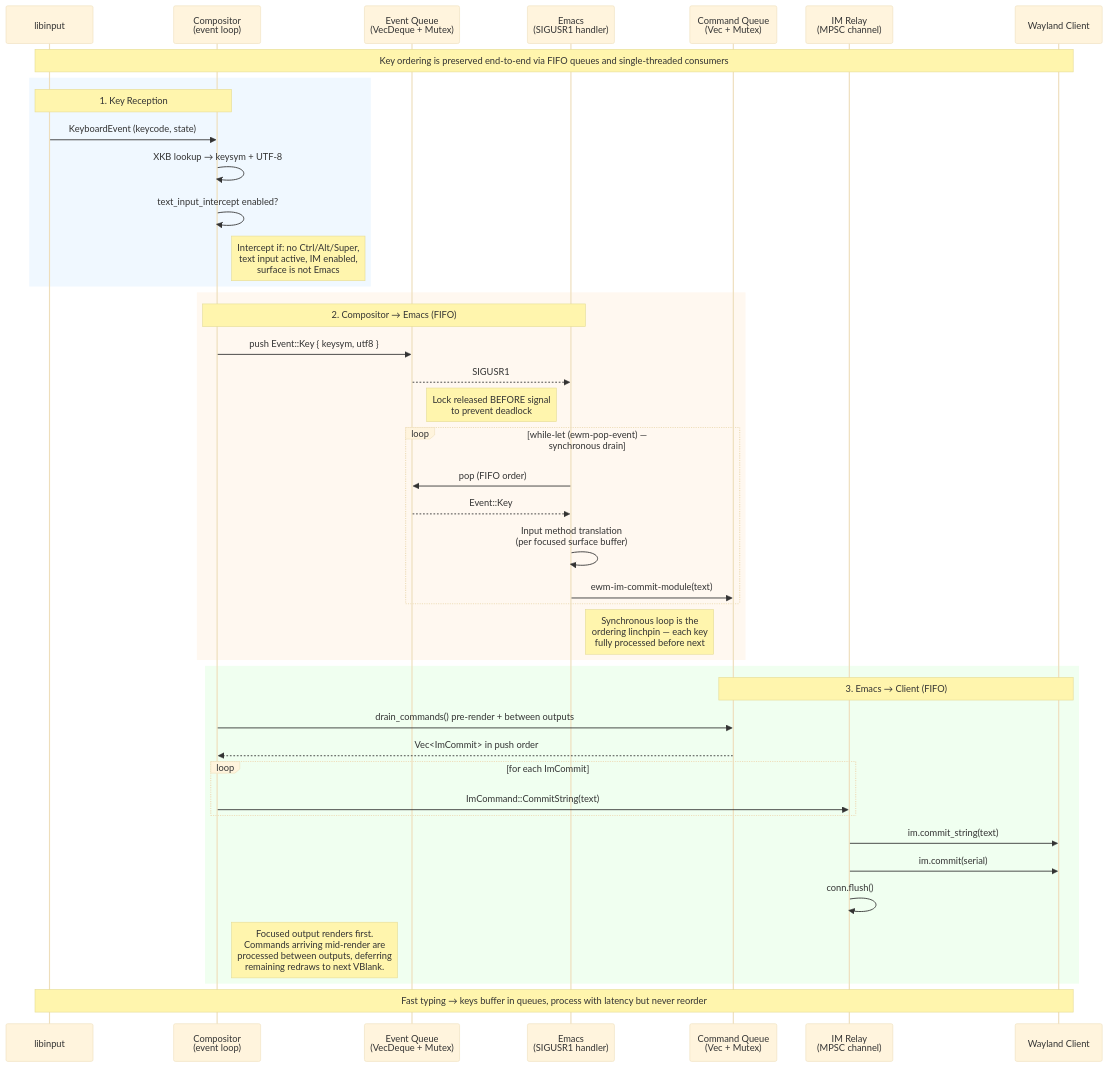
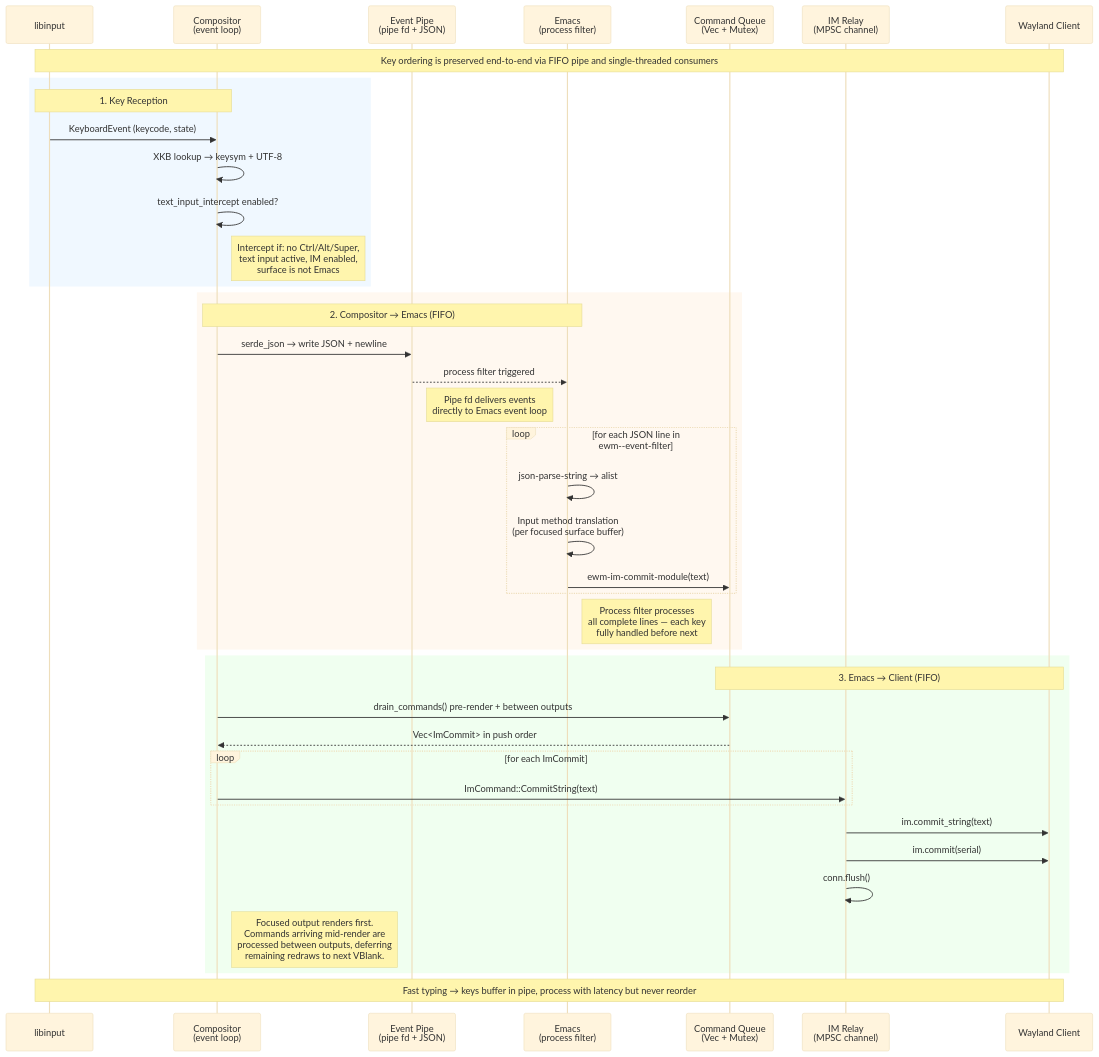
One commit to ezemtsov/ewm changed the diagram in docs/diagrams/input-methods.mmd. Above: the diagram before and after it, drawn with Mermaid (base theme). The commit also changed 9 other files, not shown here.

First line of the commit message:
docs: update event delivery references from SIGUSR1 to pipe fd

```diff
--- a/docs/diagrams/input-methods.mmd
+++ b/docs/diagrams/input-methods.mmd
@@ -1,48 +1,47 @@
 sequenceDiagram
     participant LI as libinput
     participant C as Compositor<br/>(event loop)
-    participant EQ as Event Queue<br/>(VecDeque + Mutex)
-    participant E as Emacs<br/>(SIGUSR1 handler)
+    participant EP as Event Pipe<br/>(pipe fd + JSON)
+    participant E as Emacs<br/>(process filter)
     participant CQ as Command Queue<br/>(Vec + Mutex)
     participant IR as IM Relay<br/>(MPSC channel)
     participant App as Wayland Client
 
-    Note over LI,App: Key ordering is preserved end-to-end via FIFO queues and single-threaded consumers
+    Note over LI,App: Key ordering is preserved end-to-end via FIFO pipe and single-threaded consumers
 
     rect rgb(240, 248, 255)
         Note over LI,C: 1. Key Reception
         LI->>C: KeyboardEvent (keycode, state)
         C->>C: XKB lookup → keysym + UTF-8
         C->>C: text_input_intercept enabled?
         Note right of C: Intercept if: no Ctrl/Alt/Super,<br/>text input active, IM enabled,<br/>surface is not Emacs
     end
 
     rect rgb(255, 248, 240)
         Note over C,E: 2. Compositor → Emacs (FIFO)
-        C->>EQ: push Event::Key { keysym, utf8 }
-        EQ-->>E: SIGUSR1
-        Note right of EQ: Lock released BEFORE signal<br/>to prevent deadlock
+        C->>EP: serde_json → write JSON + newline
+        EP-->>E: process filter triggered
+        Note right of EP: Pipe fd delivers events<br/>directly to Emacs event loop
 
-        loop while-let (ewm-pop-event) — synchronous drain
-            E->>EQ: pop (FIFO order)
-            EQ-->>E: Event::Key
+        loop for each JSON line in ewm--event-filter
+            E->>E: json-parse-string → alist
             E->>E: Input method translation<br/>(per focused surface buffer)
             E->>CQ: ewm-im-commit-module(text)
         end
-        Note right of E: Synchronous loop is the<br/>ordering linchpin — each key<br/>fully processed before next
+        Note right of E: Process filter processes<br/>all complete lines — each key<br/>fully handled before next
     end
 
     rect rgb(240, 255, 240)
         Note over CQ,App: 3. Emacs → Client (FIFO)
         C->>CQ: drain_commands() pre-render + between outputs
         CQ-->>C: Vec<ImCommit> in push order
         loop for each ImCommit
             C->>IR: ImCommand::CommitString(text)
         end
         IR->>App: im.commit_string(text)
         IR->>App: im.commit(serial)
         IR->>IR: conn.flush()
         Note right of C: Focused output renders first.<br/>Commands arriving mid-render are<br/>processed between outputs, deferring<br/>remaining redraws to next VBlank.
     end
 
-    Note over LI,App: Fast typing → keys buffer in queues, process with latency but never reorder
+    Note over LI,App: Fast typing → keys buffer in pipe, process with latency but never reorder
```
